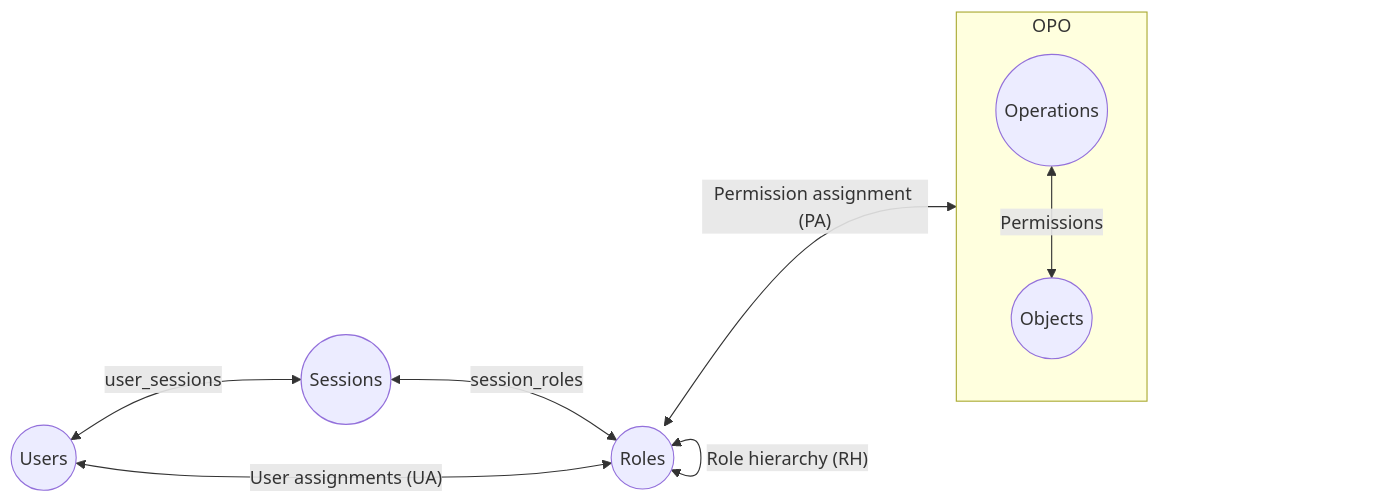
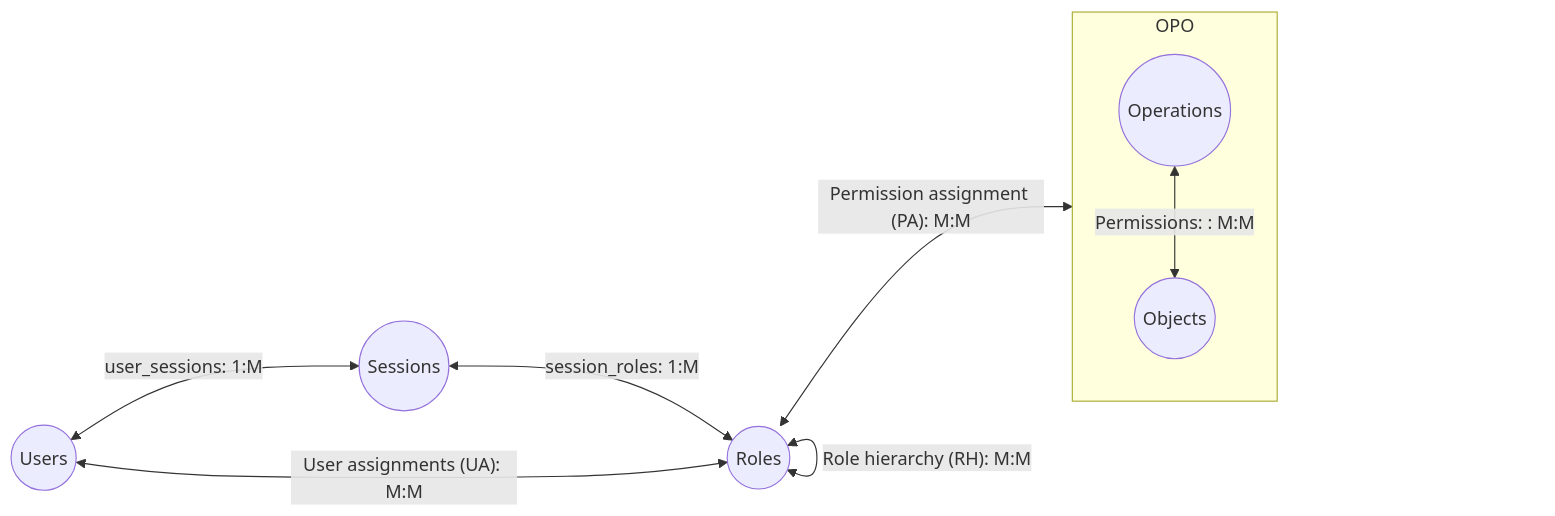
The second of 3 diagrams in lectures/mod4/README.md (ufidon/comsec), drawn with Mermaid before and after one commit. The commit also changed other lines of this file and 1 other file, not shown here.

````diff
--- a/lectures/mod4/README.md
+++ b/lectures/mod4/README.md
@@ -192,16 +256,16 @@
 ```mermaid
 flowchart LR
 U((Users))
 S((Sessions))
 R((Roles))
 subgraph OPO
 Op((Operations))
 Ob((Objects))
-Op <-->|Permissions| Ob
+Op <-->|"Permissions: : M:M"| Ob
 end
-U <-->|user_sessions| S
-S <-->|session_roles|R
-U <-->|"User assignments (UA) "|R
-R <-->|"Role hierarchy (RH)"| R
-R <-->|"Permission assignment (PA)"| OPO
+U <-->|"user_sessions: 1:M"| S
+S <-->|"session_roles: 1:M"|R
+U <-->|"User assignments (UA): M:M "|R
+R <-->|"Role hierarchy (RH): M:M"| R
+R <-->|"Permission assignment (PA): M:M"| OPO
 ```
````
